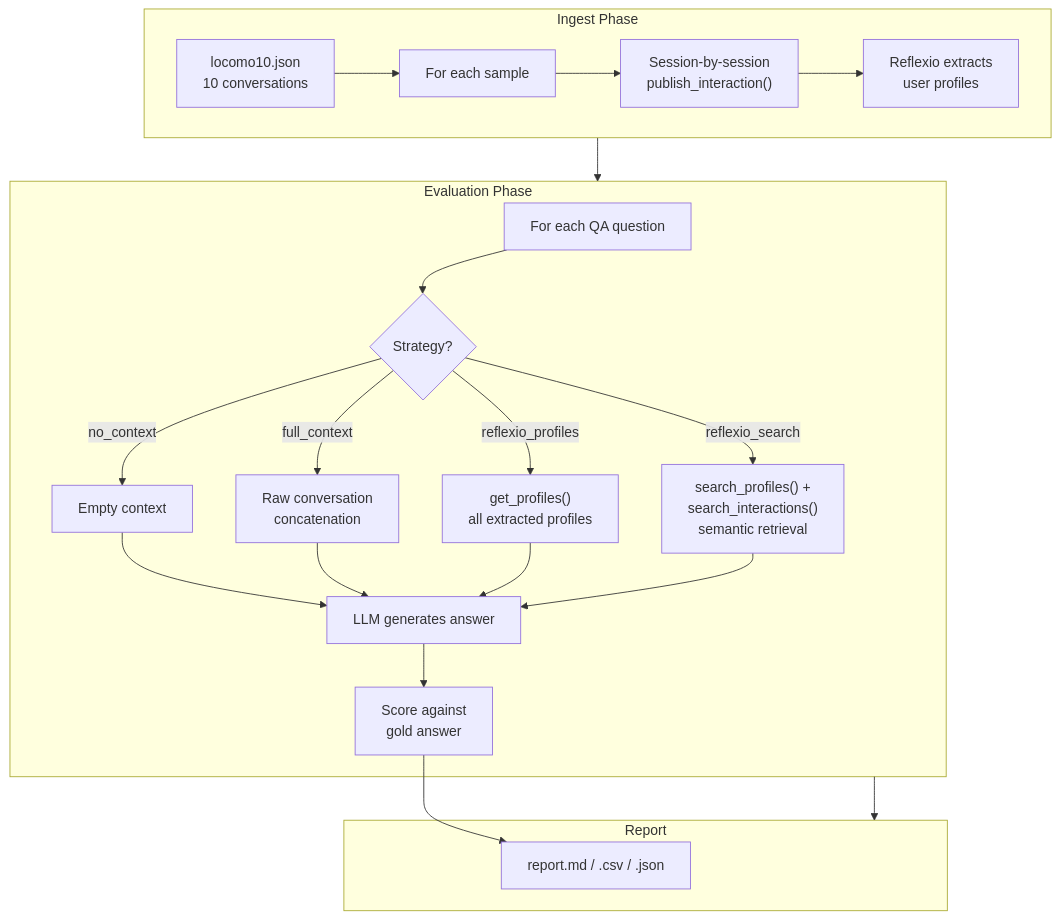
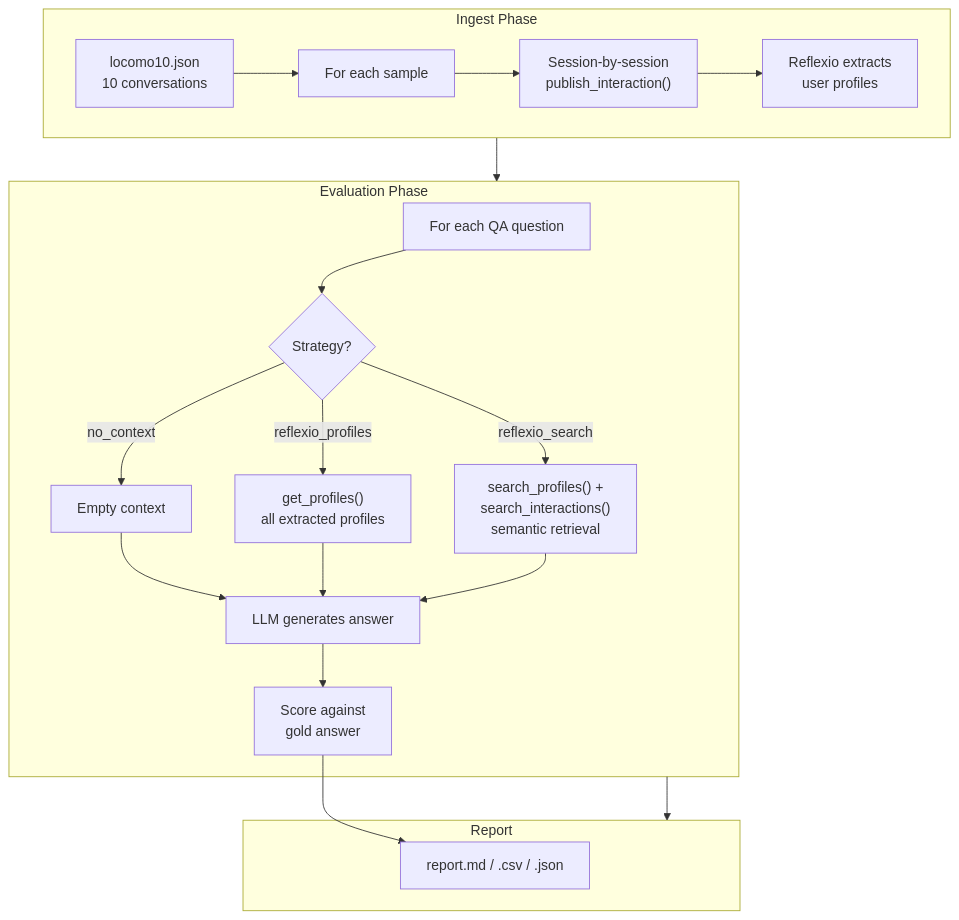
Before and after one commit to yyiilluu/reflexio-enterprise: the diagram in benchmarks/locomo/README.md, drawn with Mermaid. The commit also changed other lines of this file and 8 other files, not shown here.

````diff
--- a/benchmarks/locomo/README.md
+++ b/benchmarks/locomo/README.md
@@ -58,30 +57,28 @@
 ```mermaid
 flowchart TD
     subgraph Ingest["Ingest Phase"]
         A["locomo10.json<br/>10 conversations"] --> B["For each sample"]
         B --> C["Session-by-session<br/>publish_interaction()"]
         C --> D["Reflexio extracts<br/>user profiles"]
     end
 
     subgraph Eval["Evaluation Phase"]
         E["For each QA question"] --> F{Strategy?}
 
         F -->|no_context| G["Empty context"]
-        F -->|full_context| H["Raw conversation<br/>concatenation"]
         F -->|reflexio_profiles| I["get_profiles()<br/>all extracted profiles"]
         F -->|reflexio_search| J["search_profiles() +<br/>search_interactions()<br/>semantic retrieval"]
 
         G --> K["LLM generates answer"]
-        H --> K
         I --> K
         J --> K
 
         K --> L["Score against<br/>gold answer"]
     end
 
     subgraph Output["Report"]
         L --> M["report.md / .csv / .json"]
     end
 
     Ingest --> Eval --> Output
 ```
````
